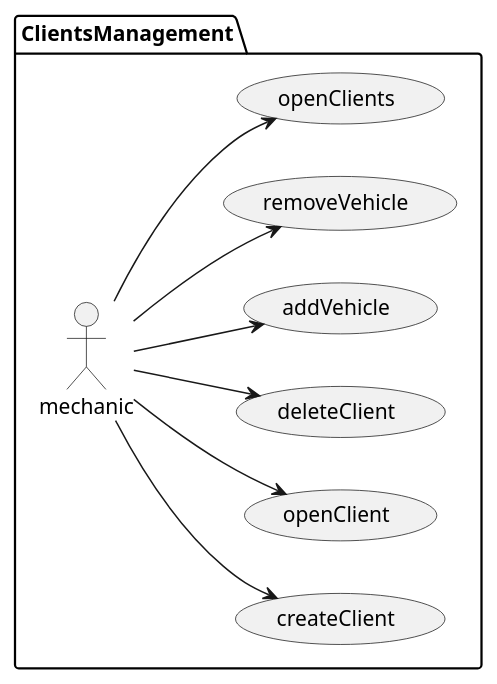
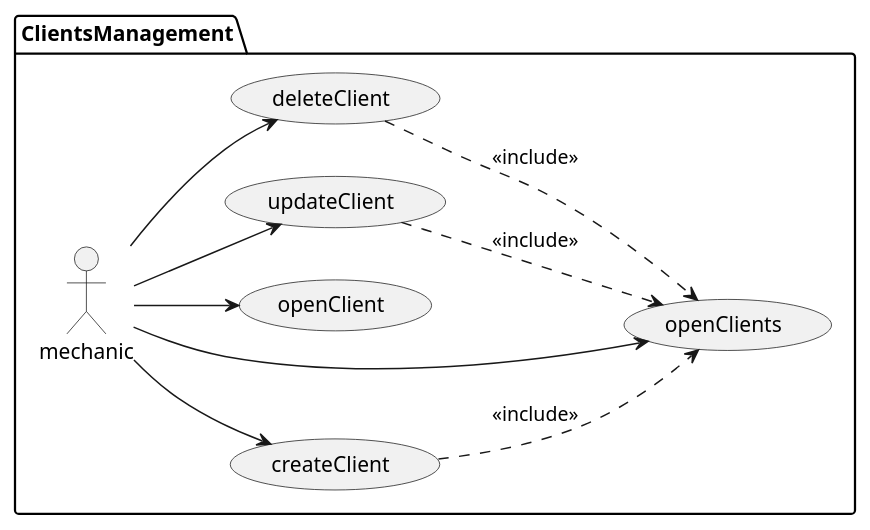
Before and after one commit to Ruskab/agrimManager: the diagram in documentation/1requiremets/usecases/puml/clientUsecases.puml, drawn with PlantUML. The commit also changed 8 other files, not shown here.

```diff
--- a/documentation/1requiremets/usecases/puml/clientUsecases.puml
+++ b/documentation/1requiremets/usecases/puml/clientUsecases.puml
@@ -1,14 +1,16 @@
 @startuml
 
 left to right direction
 
 package ClientsManagement {
 :mechanic: --> (createClient)
+(createClient) ..> (openClients) : <<include>>
 :mechanic: --> (openClient)
+:mechanic: --> (updateClient)
+(updateClient) ..> (openClients) : <<include>>
 :mechanic: --> (deleteClient)
-:mechanic: --> (addVehicle)
-:mechanic: --> (removeVehicle)
+(deleteClient) ..> (openClients) : <<include>>
 :mechanic: --> (openClients)
 }
 
 @enduml
```
